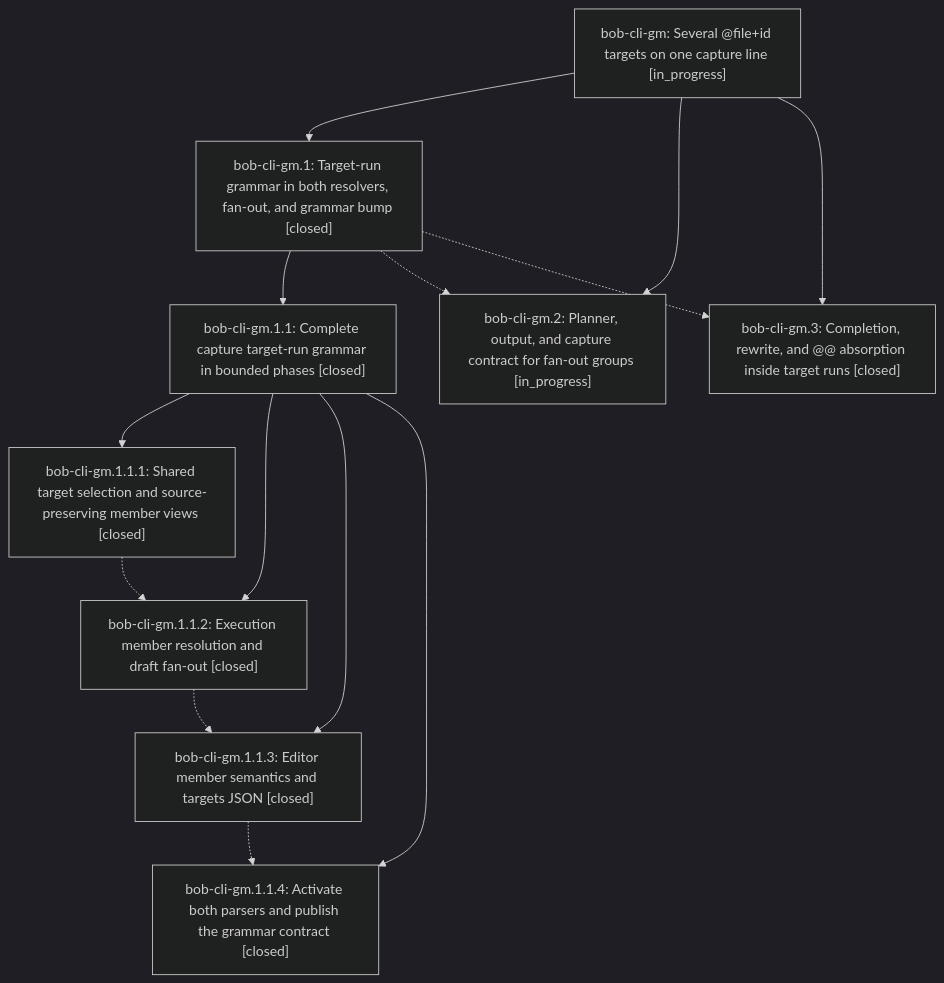
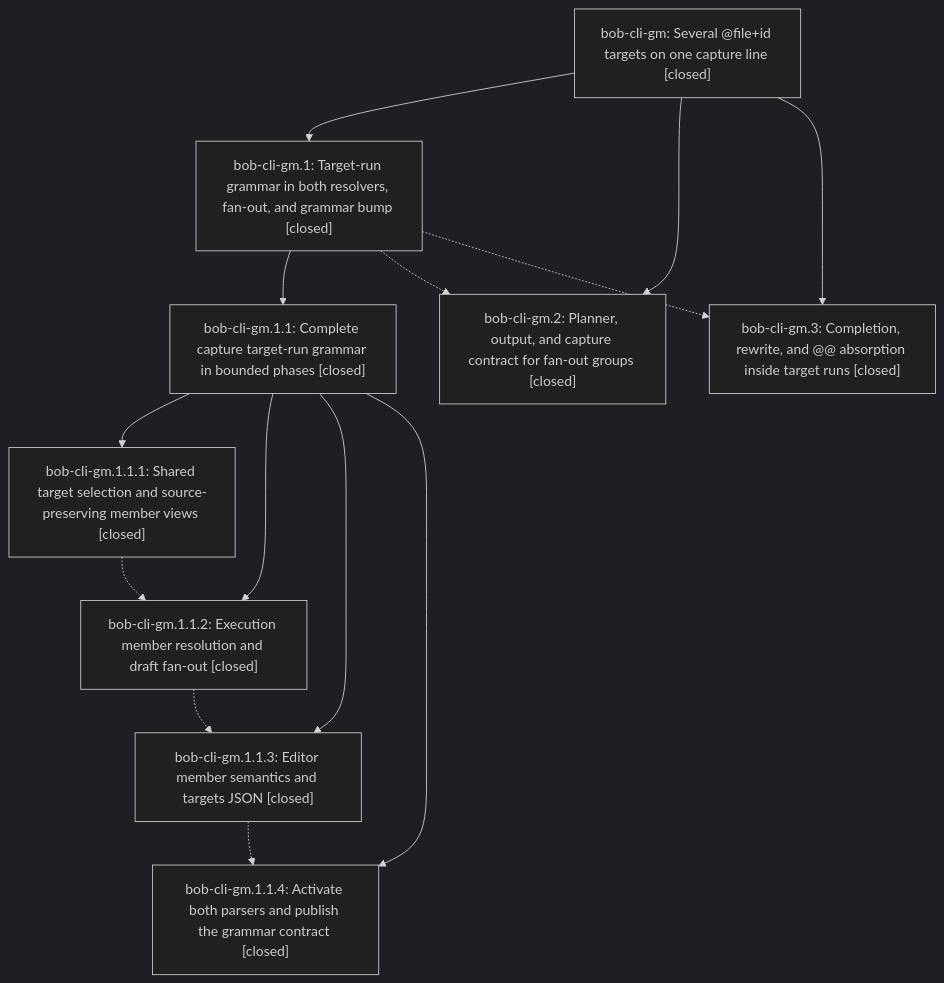
One commit to bobs-org/bob-cli--beads changed the diagram in pages/bob-cli-gm/README.md. Above: the diagram before and after it, drawn with Mermaid (dark theme). The commit also changed other lines of this file and 3 other files, not shown here.

First line of the commit message:
chore(beads): sync bead state and pages for bob-cli-gm

````diff
--- a/pages/bob-cli-gm/README.md
+++ b/pages/bob-cli-gm/README.md
@@ -38,25 +50,25 @@
 ```mermaid
 flowchart TD
-    n0["bob-cli-gm: Several @file+id targets on one capture line [in_progress]"]
+    n0["bob-cli-gm: Several @file+id targets on one capture line [closed]"]
     n1["bob-cli-gm.1: Target-run grammar in both resolvers, fan-out, and grammar bump [closed]"]
     n2["bob-cli-gm.1.1: Complete capture target-run grammar in bounded phases [closed]"]
     n3["bob-cli-gm.1.1.1: Shared target selection and source-preserving member views [closed]"]
     n4["bob-cli-gm.1.1.2: Execution member resolution and draft fan-out [closed]"]
     n5["bob-cli-gm.1.1.3: Editor member semantics and targets JSON [closed]"]
     n6["bob-cli-gm.1.1.4: Activate both parsers and publish the grammar contract [closed]"]
-    n7["bob-cli-gm.2: Planner, output, and capture contract for fan-out groups [in_progress]"]
+    n7["bob-cli-gm.2: Planner, output, and capture contract for fan-out groups [closed]"]
     n8["bob-cli-gm.3: Completion, rewrite, and @@ absorption inside target runs [closed]"]
     n0 --> n1
     n1 --> n2
     n2 --> n3
     n2 --> n4
     n2 --> n5
     n2 --> n6
     n0 --> n7
     n0 --> n8
     n1 -.-> n7
     n1 -.-> n8
     n3 -.-> n4
     n4 -.-> n5
     n5 -.-> n6
 ```
````
